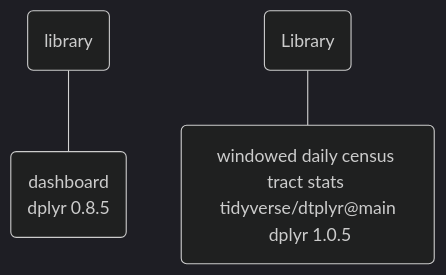
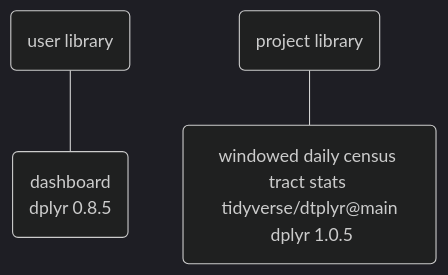
The third of 5 diagrams in index.qmd (edavidaja/you-should-use-renv), drawn with Mermaid before and after one commit. The commit also changed other lines of this file, not shown here.

Commit message:
save mermaids

````diff
--- a/index.qmd
+++ b/index.qmd
@@ -225,10 +218,11 @@
 ```{mermaid}
+%%| fig-width: 900px
 %%{init: {"theme": "dark" } }%%
 graph
 L --- P1
 L2 --- P2
-L(library)
-L2(Library)
+L(user library)
+L2(project library)
 P1(dashboard <br/> dplyr 0.8.5)
 P2("windowed daily census tract stats <br/> tidyverse/dtplyr@main <br/> dplyr 1.0.5")
 ```
````
